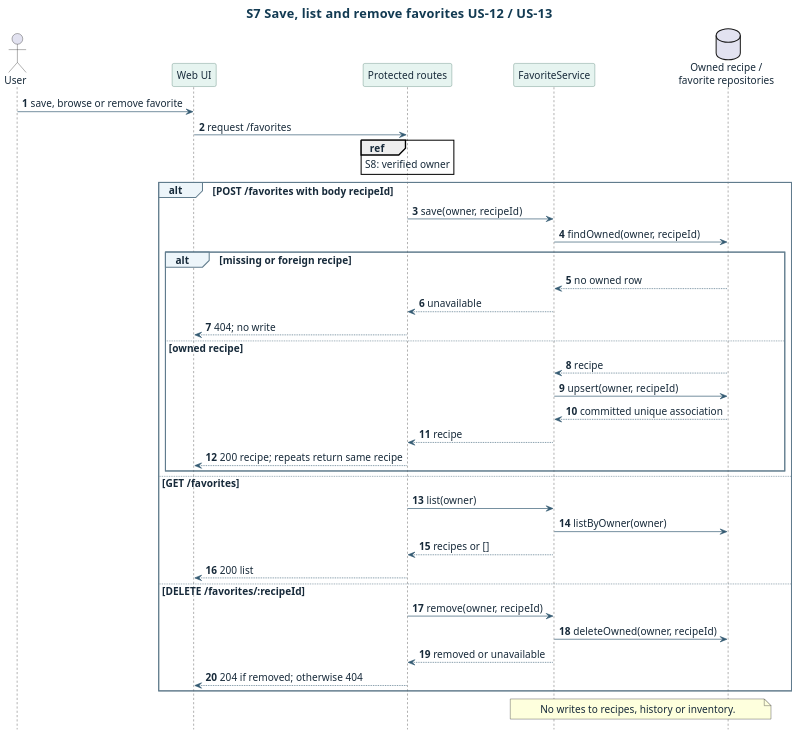
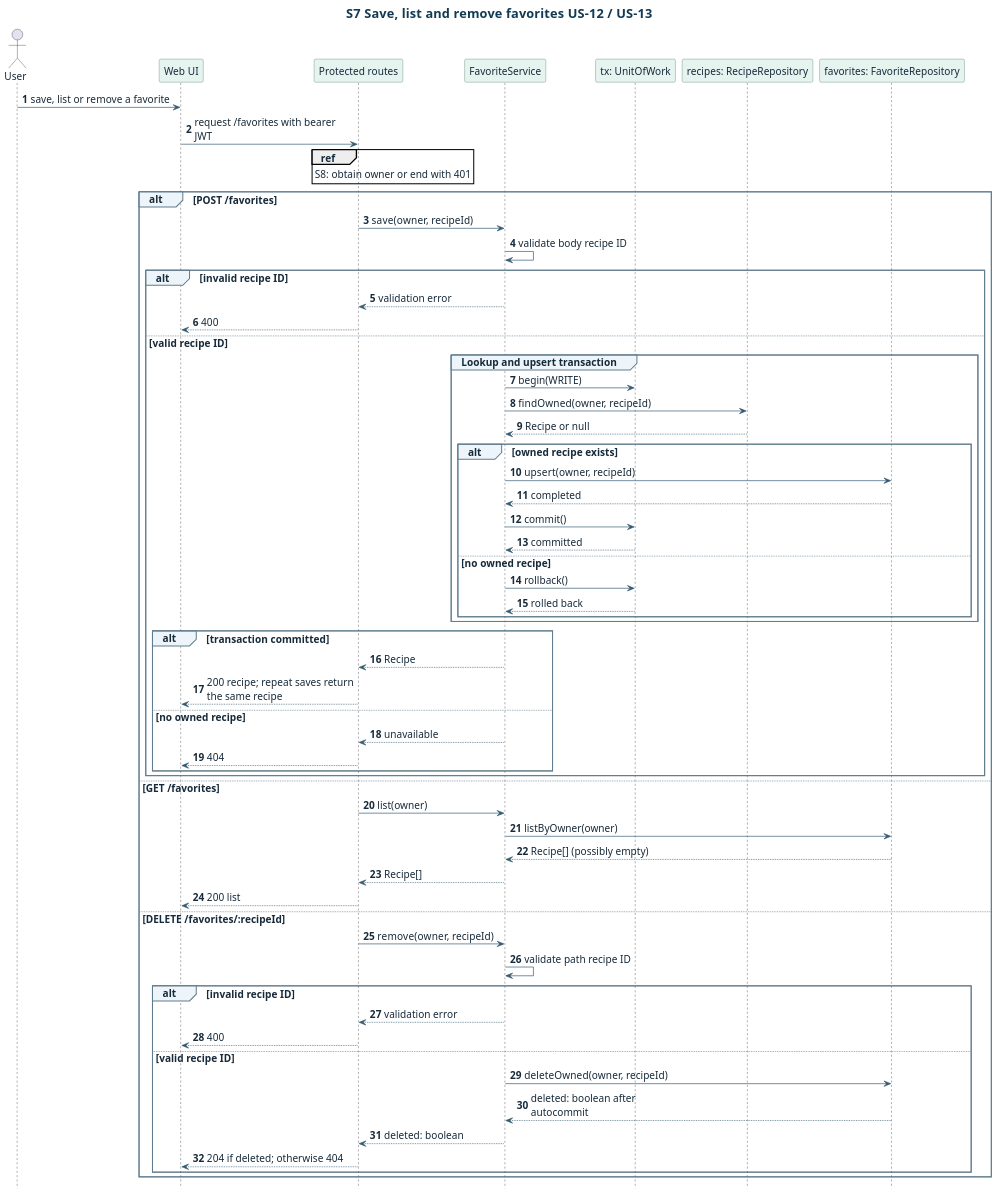
One commit to SarpCizer/CMPE331-Project changed the diagram in docs/design/sequence/favorites.puml. Above: the diagram before and after it, drawn with PlantUML. The commit also changed 15 other files, not shown here.

Commit message:
docs: validate requests in services and reply after commit

```diff
--- a/docs/design/sequence/favorites.puml
+++ b/docs/design/sequence/favorites.puml
@@ -1,57 +1,83 @@
 @startuml
 title S7  Save, list and remove favorites  US-12 / US-13
 skinparam backgroundColor #FFFFFF
 skinparam defaultFontName Arial
 skinparam defaultFontColor #172A3A
 skinparam defaultFontSize 15
 skinparam ArrowColor #345A72
 skinparam Shadowing false
 skinparam dpi 150
 skinparam TitleFontColor #123A52
 skinparam TitleFontSize 19
 skinparam ClassBackgroundColor #EDF5FA
 skinparam ClassBorderColor #456F89
 skinparam ComponentBackgroundColor #EDF5FA
 skinparam ComponentBorderColor #456F89
 skinparam PackageBorderColor #456F89
 skinparam ParticipantBackgroundColor #E6F4F0
 skinparam ParticipantBorderColor #417364
 skinparam SequenceGroupBackgroundColor #EDF5FA
 skinparam SequenceGroupBorderColor #617C8D
 hide footbox
 autonumber
+skinparam maxMessageSize 220
 actor User
 participant "Web UI" as UI
 participant "Protected routes" as API
+
 participant FavoriteService as Favorite
-database "Owned recipe /\nfavorite repositories" as Store
-User -> UI : save, browse or remove favorite
-UI -> API : request /favorites
-ref over API : S8: verified owner
-alt POST /favorites with body recipeId
+participant "tx: UnitOfWork" as Tx
+participant "recipes: RecipeRepository" as Recipes
+participant "favorites: FavoriteRepository" as Favorites
+User -> UI : save, list or remove a favorite
+UI -> API : request /favorites with bearer JWT
+ref over API : S8: obtain owner or end with 401
+alt POST /favorites
   API -> Favorite : save(owner, recipeId)
-  Favorite -> Store : findOwned(owner, recipeId)
-  alt missing or foreign recipe
-    Store --> Favorite : no owned row
-    Favorite --> API : unavailable
-    API --> UI : 404; no write
-  else owned recipe
-    Store --> Favorite : recipe
-    Favorite -> Store : upsert(owner, recipeId)
-    Store --> Favorite : committed unique association
-    Favorite --> API : recipe
-    API --> UI : 200 recipe; repeats return same recipe
+  Favorite -> Favorite : validate body recipe ID
+  alt invalid recipe ID
+    Favorite --> API : validation error
+    API --> UI : 400
+  else valid recipe ID
+    group Lookup and upsert transaction
+      Favorite -> Tx : begin(WRITE)
+      Favorite -> Recipes : findOwned(owner, recipeId)
+      Recipes --> Favorite : Recipe or null
+      alt owned recipe exists
+        Favorite -> Favorites : upsert(owner, recipeId)
+        Favorites --> Favorite : completed
+        Favorite -> Tx : commit()
+        Tx --> Favorite : committed
+      else no owned recipe
+        Favorite -> Tx : rollback()
+        Tx --> Favorite : rolled back
+      end
+    end
+    alt transaction committed
+      Favorite --> API : Recipe
+      API --> UI : 200 recipe; repeat saves return the same recipe
+    else no owned recipe
+      Favorite --> API : unavailable
+      API --> UI : 404
+    end
   end
 else GET /favorites
   API -> Favorite : list(owner)
-  Favorite -> Store : listByOwner(owner)
-  Favorite --> API : recipes or []
+  Favorite -> Favorites : listByOwner(owner)
+  Favorites --> Favorite : Recipe[] (possibly empty)
+  Favorite --> API : Recipe[]
   API --> UI : 200 list
 else DELETE /favorites/:recipeId
   API -> Favorite : remove(owner, recipeId)
-  Favorite -> Store : deleteOwned(owner, recipeId)
-  Favorite --> API : removed or unavailable
-  API --> UI : 204 if removed; otherwise 404
+  Favorite -> Favorite : validate path recipe ID
+  alt invalid recipe ID
+    Favorite --> API : validation error
+    API --> UI : 400
+  else valid recipe ID
+    Favorite -> Favorites : deleteOwned(owner, recipeId)
+    Favorites --> Favorite : deleted: boolean after autocommit
+    Favorite --> API : deleted: boolean
+    API --> UI : 204 if deleted; otherwise 404
+  end
 end
-note over Favorite, Store : No writes to recipes, history or inventory.
 @enduml
```
